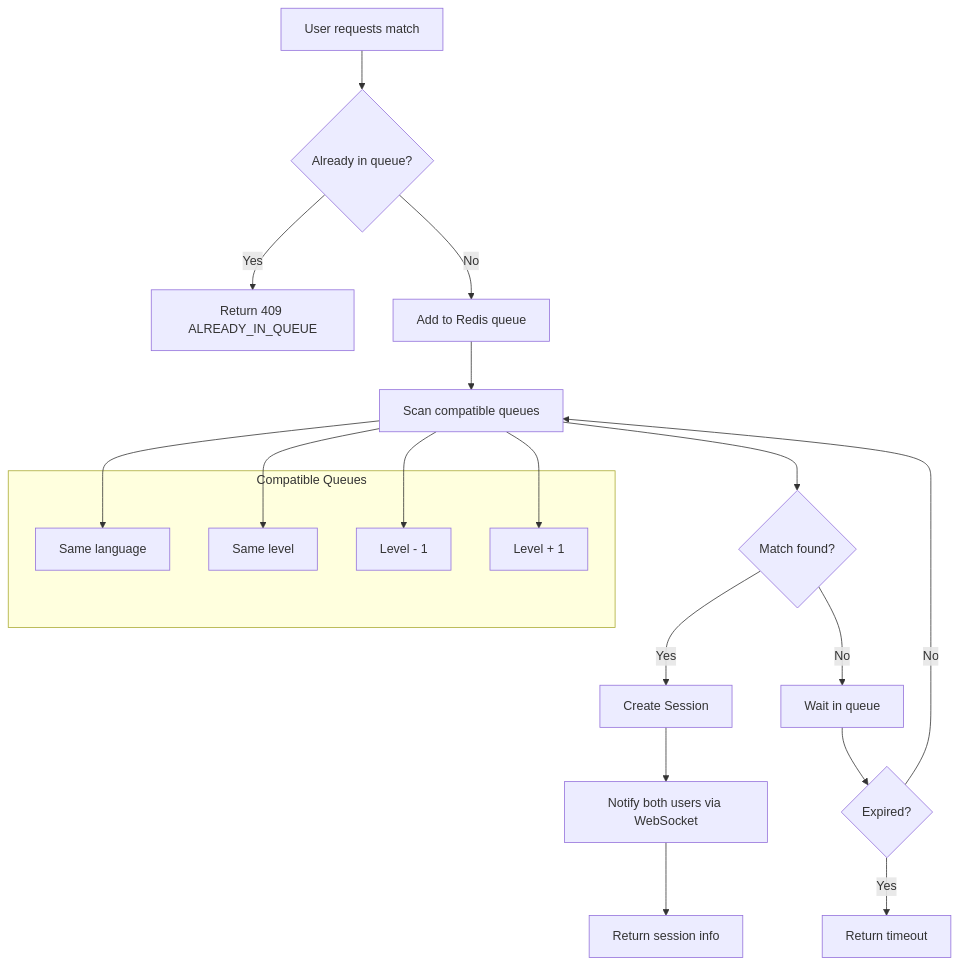
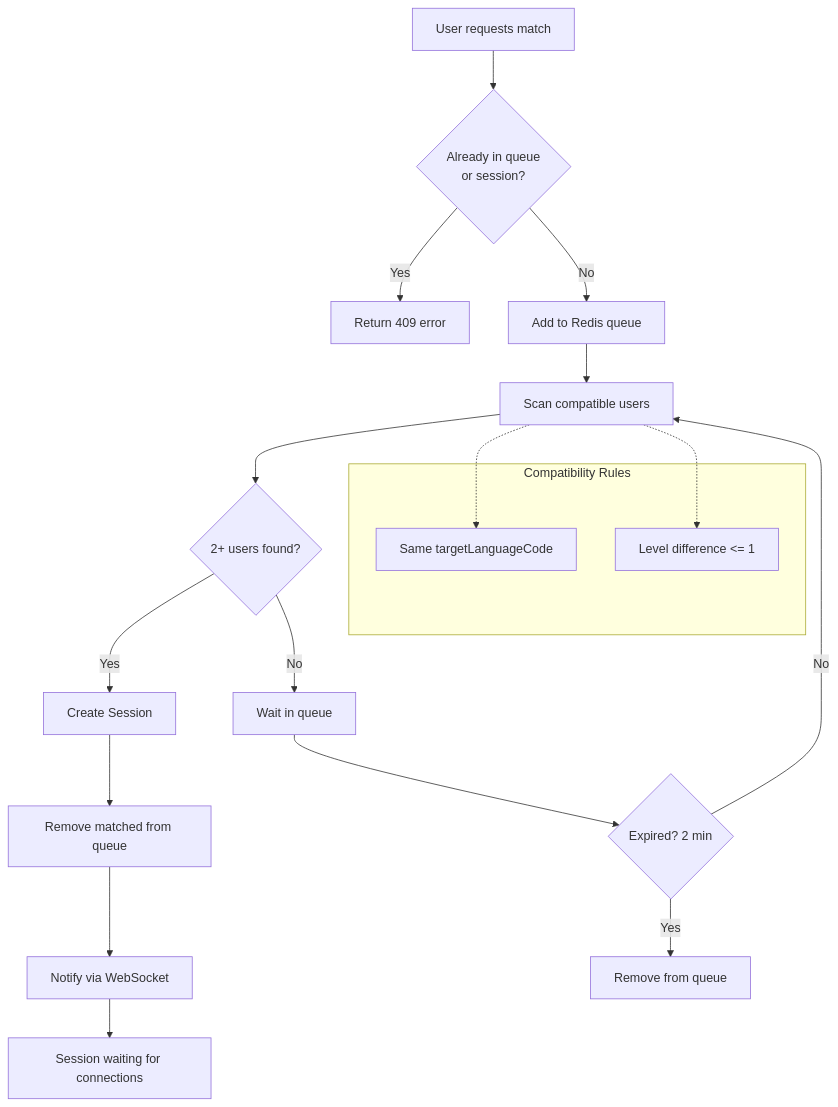
The seventh of 7 diagrams in 03-conversation-service/DIAGRAMS.md (we-speak-org/wespeak-specifications), drawn with Mermaid before and after one commit. The commit also changed other lines of this file and 6 other files, not shown here.

````diff
--- a/03-conversation-service/DIAGRAMS.md
+++ b/03-conversation-service/DIAGRAMS.md
@@ -220,31 +267,28 @@
 ```mermaid
 flowchart TD
-    START[User requests match] --> CHECK{Already in queue?}
-    CHECK -->|Yes| ERROR[Return 409 ALREADY_IN_QUEUE]
+    START[User requests match] --> CHECK{Already in queue<br/>or session?}
+    CHECK -->|Yes| ERROR[Return 409 error]
     CHECK -->|No| ADD[Add to Redis queue]
     
-    ADD --> SCAN[Scan compatible queues]
-    SCAN --> FOUND{Match found?}
+    ADD --> SCAN[Scan compatible users]
+    SCAN --> FOUND{2+ users found?}
     
     FOUND -->|Yes| CREATE[Create Session]
     FOUND -->|No| WAIT[Wait in queue]
     
-    WAIT --> TIMEOUT{Expired?}
-    TIMEOUT -->|Yes| EXPIRE[Return timeout]
+    WAIT --> TIMEOUT{Expired? 2 min}
+    TIMEOUT -->|Yes| EXPIRE[Remove from queue]
     TIMEOUT -->|No| SCAN
     
-    CREATE --> NOTIFY[Notify both users via WebSocket]
-    NOTIFY --> DONE[Return session info]
+    CREATE --> REMOVE[Remove matched from queue]
+    REMOVE --> NOTIFY[Notify via WebSocket]
+    NOTIFY --> DONE[Session waiting for connections]
 
-    subgraph Compatible Queues
-        Q1[Same language]
-        Q2[Same level]
-        Q3[Level - 1]
-        Q4[Level + 1]
+    subgraph Compatibility Rules
+        R1[Same targetLanguageCode]
+        R2[Level difference <= 1]
     end
     
-    SCAN --> Q1
-    SCAN --> Q2
-    SCAN --> Q3
-    SCAN --> Q4
+    SCAN -.-> R1
+    SCAN -.-> R2
 ```
````
